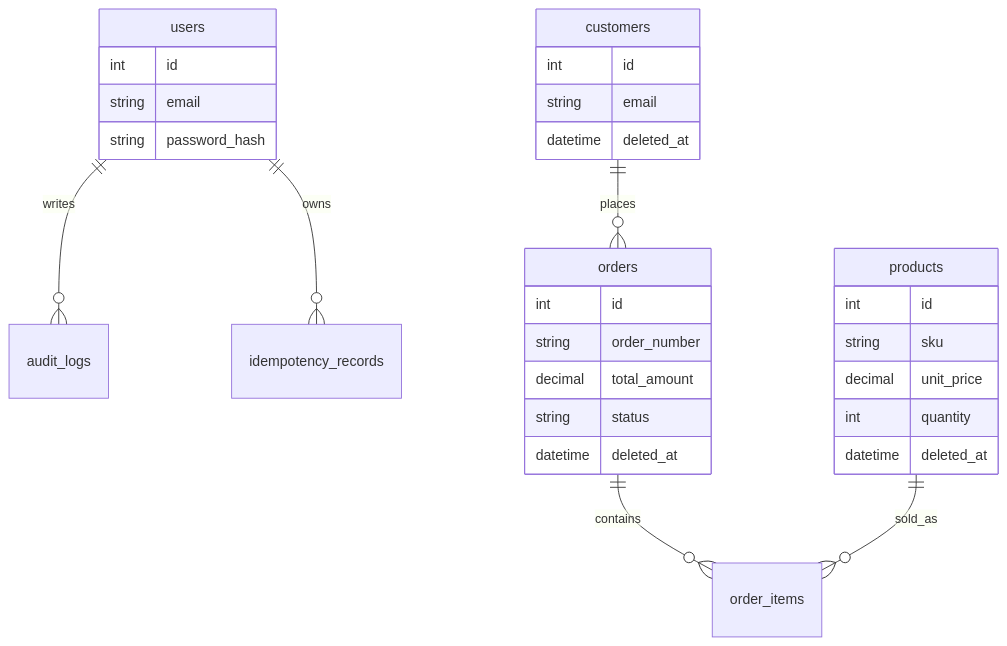
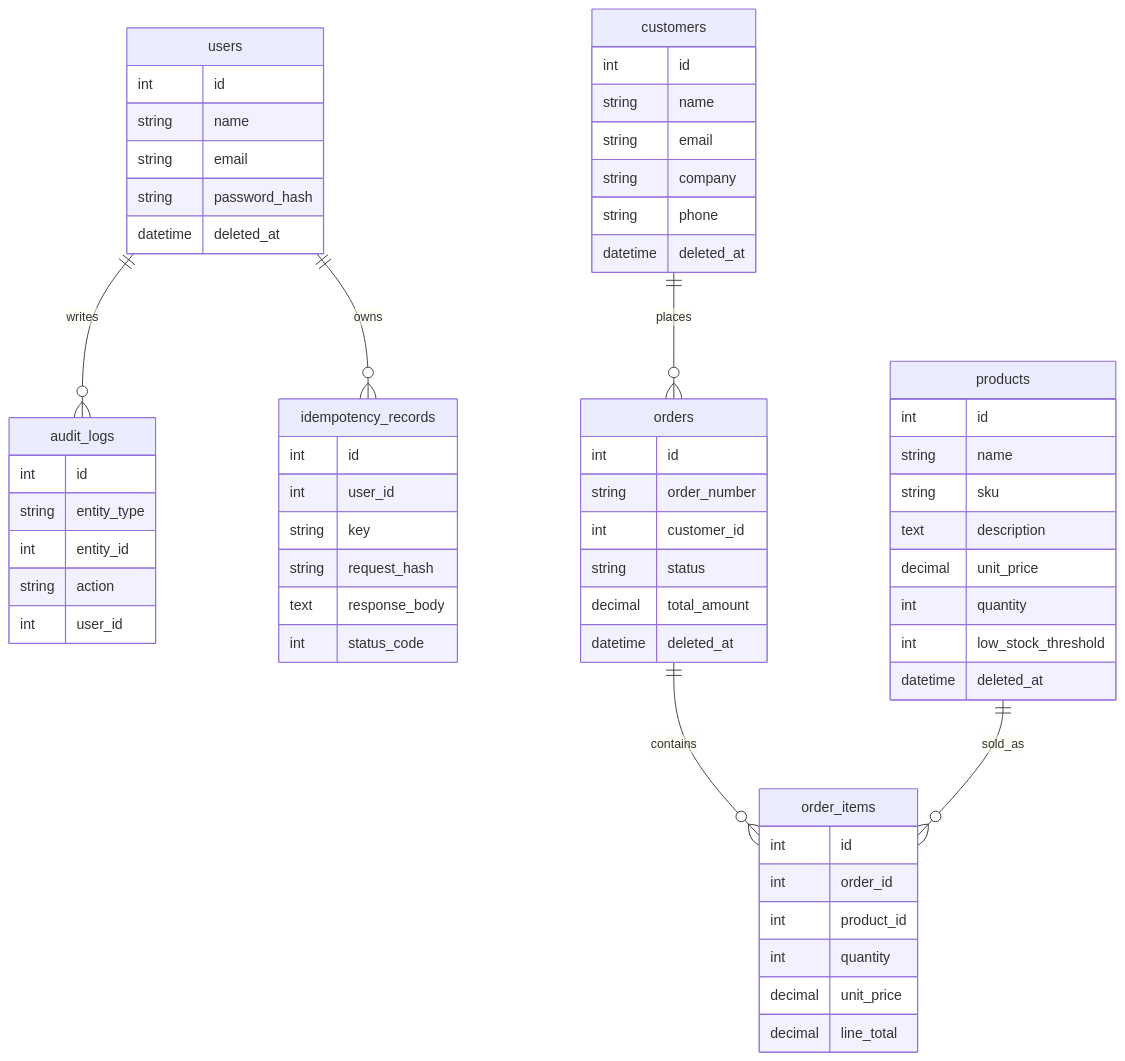
The third of 3 diagrams in README.md (KrishAryan12/stockroom), drawn with Mermaid before and after one commit. The commit also changed other lines of this file and 18 other files, not shown here.

````diff
--- a/README.md
+++ b/README.md
@@ -37,33 +113,71 @@
 ```mermaid
 erDiagram
   users ||--o{ audit_logs : writes
   users ||--o{ idempotency_records : owns
   customers ||--o{ orders : places
   orders ||--o{ order_items : contains
   products ||--o{ order_items : sold_as
 
   users {
     int id
+    string name
     string email
     string password_hash
+    datetime deleted_at
   }
+
   products {
     int id
+    string name
     string sku
+    text description
     decimal unit_price
     int quantity
+    int low_stock_threshold
     datetime deleted_at
   }
+
   customers {
     int id
+    string name
     string email
+    string company
+    string phone
     datetime deleted_at
   }
+
   orders {
     int id
     string order_number
+    int customer_id
+    string status
     decimal total_amount
-    string status
     datetime deleted_at
   }
+
+  order_items {
+    int id
+    int order_id
+    int product_id
+    int quantity
+    decimal unit_price
+    decimal line_total
+  }
+
+  idempotency_records {
+    int id
+    int user_id
+    string key
+    string request_hash
+    text response_body
+    int status_code
+  }
+
+  audit_logs {
+    int id
+    string entity_type
+    int entity_id
+    string action
+    int user_id
+  }
 ```
````
